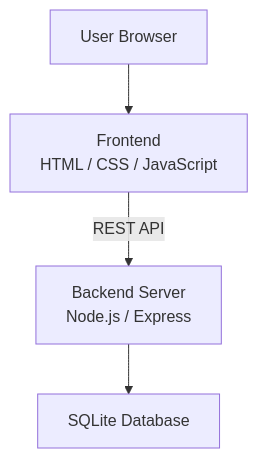
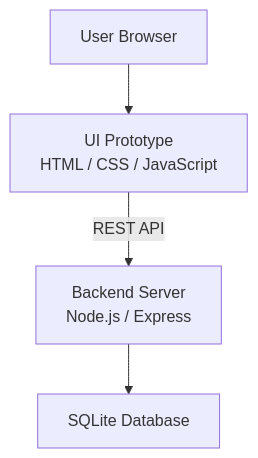
Before and after one commit to 22junreal/study-matching-system: the first of 2 diagrams in README.md, drawn with Mermaid. The commit also changed other lines of this file, not shown here.

````diff
--- a/README.md
+++ b/README.md
@@ -150,8 +150,8 @@
 ```mermaid
 
 graph TD
-    A[User Browser] --> B[Frontend<br/>HTML / CSS / JavaScript]
+    A[User Browser] --> B[UI Prototype<br/>HTML / CSS / JavaScript]
     B -->|REST API| C[Backend Server<br/>Node.js / Express]
     C --> D[SQLite Database]
 
 ```
````
